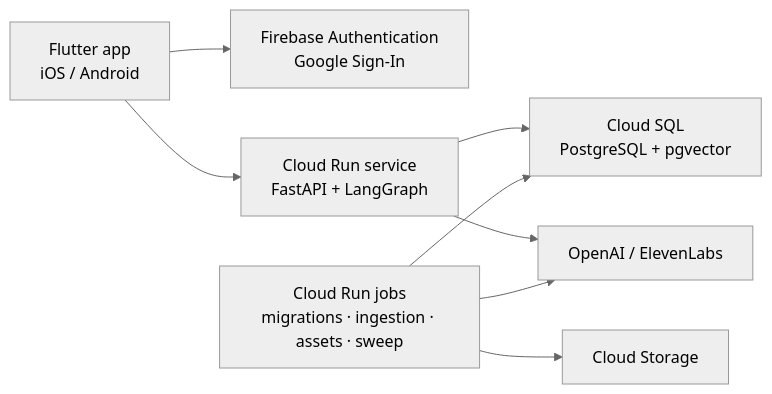
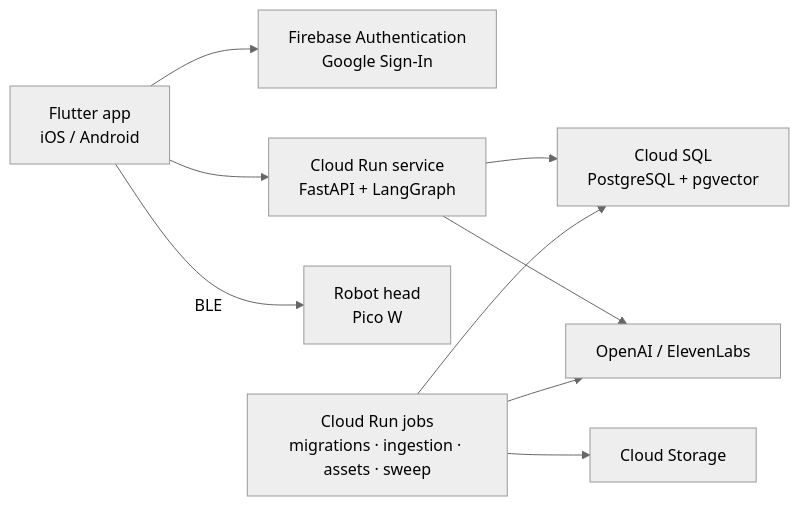
One commit to kaiweichang0112/wobot changed the diagram in README.md. Above: the diagram before and after it, drawn with Mermaid (neutral theme). The commit also changed other lines of this file and 1 other file, not shown here.

````diff
--- a/README.md
+++ b/README.md
@@ -22,10 +25,11 @@
 ```mermaid
 flowchart LR
     App["Flutter app<br/>iOS / Android"] --> Auth["Firebase Authentication<br/>Google Sign-In"]
     App --> API["Cloud Run service<br/>FastAPI + LangGraph"]
+    App -- BLE --> Robot["Robot head<br/>Pico W"]
     API --> DB["Cloud SQL<br/>PostgreSQL + pgvector"]
     API --> AI["OpenAI / ElevenLabs"]
     Jobs["Cloud Run jobs<br/>migrations · ingestion · assets · sweep"] --> DB
     Jobs --> Store["Cloud Storage"]
     Jobs --> AI
 ```
````
